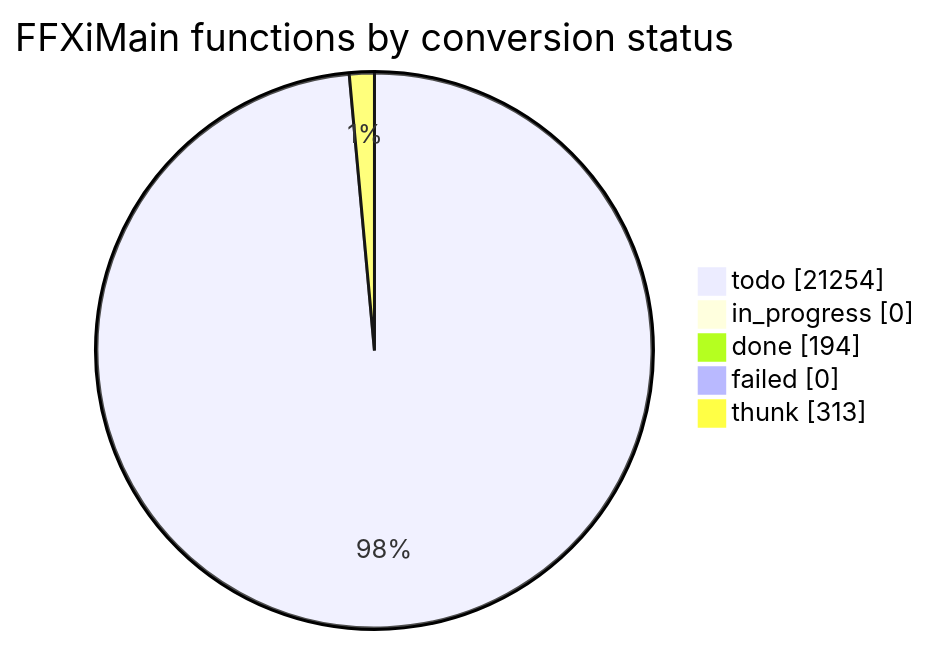
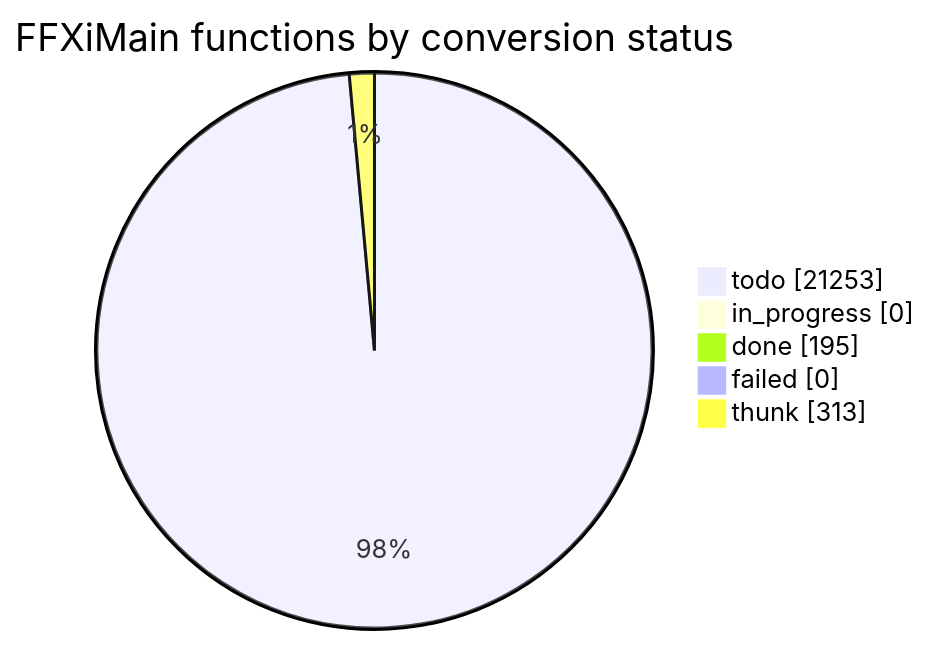
Before and after one commit to cowrevenge/cow_kuluu_xi_anything: the diagram in docs/cow/STATUS.md, drawn with Mermaid. The commit also changed other lines of this file and 9 other files, not shown here.

````diff
--- a/docs/cow/STATUS.md
+++ b/docs/cow/STATUS.md
@@ -18,9 +18,9 @@
 ```mermaid
 pie showData
     title FFXiMain functions by conversion status
-    "todo" : 21254
+    "todo" : 21253
     "in_progress" : 0
-    "done" : 194
+    "done" : 195
     "failed" : 0
     "thunk" : 313
 ```
````
